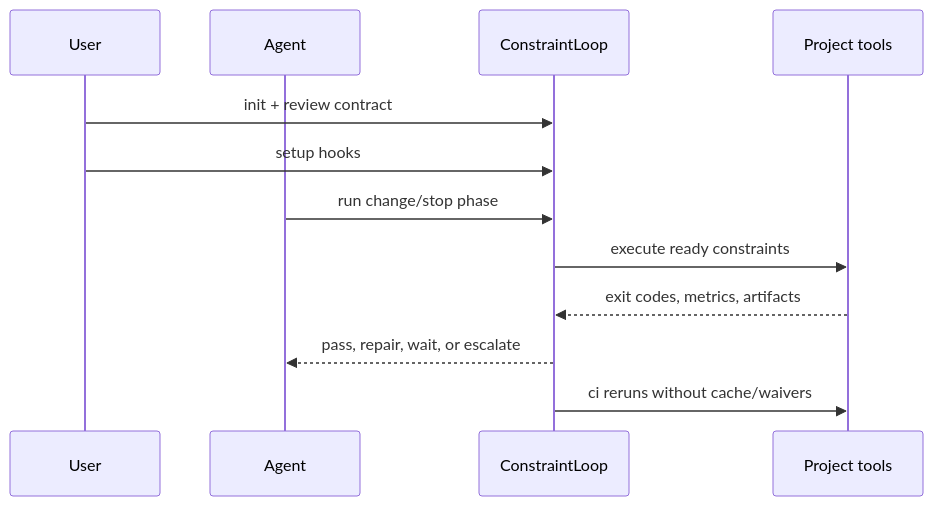
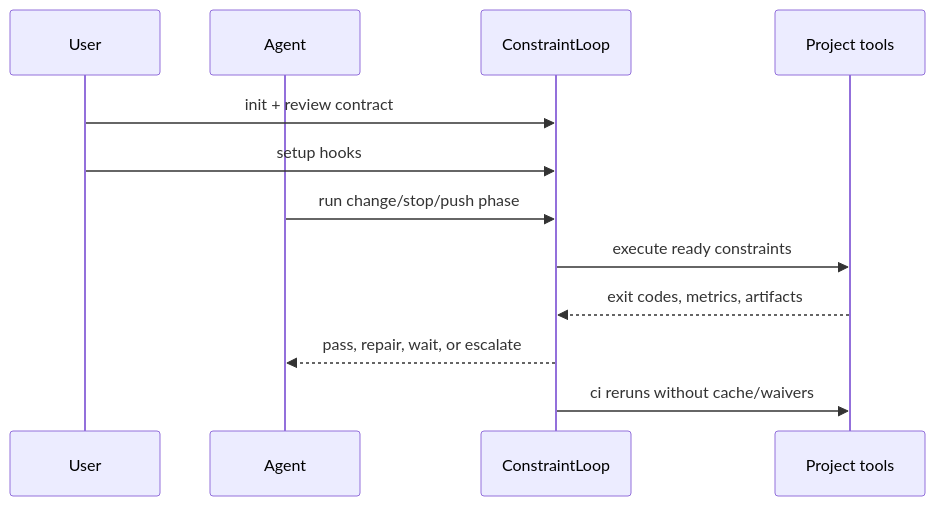
The second of 2 diagrams in README.md (mauhpr/constraintloop), drawn with Mermaid before and after one commit. The commit also changed other lines of this file and 32 other files, not shown here.

````diff
--- a/README.md
+++ b/README.md
@@ -99,14 +100,14 @@
 ```mermaid
 sequenceDiagram
     participant U as User
     participant A as Agent
     participant CL as ConstraintLoop
     participant T as Project tools
     U->>CL: init + review contract
     U->>CL: setup hooks
-    A->>CL: run change/stop phase
+    A->>CL: run change/stop/push phase
     CL->>T: execute ready constraints
     T-->>CL: exit codes, metrics, artifacts
     CL-->>A: pass, repair, wait, or escalate
     CL->>T: ci reruns without cache/waivers
 ```
````
